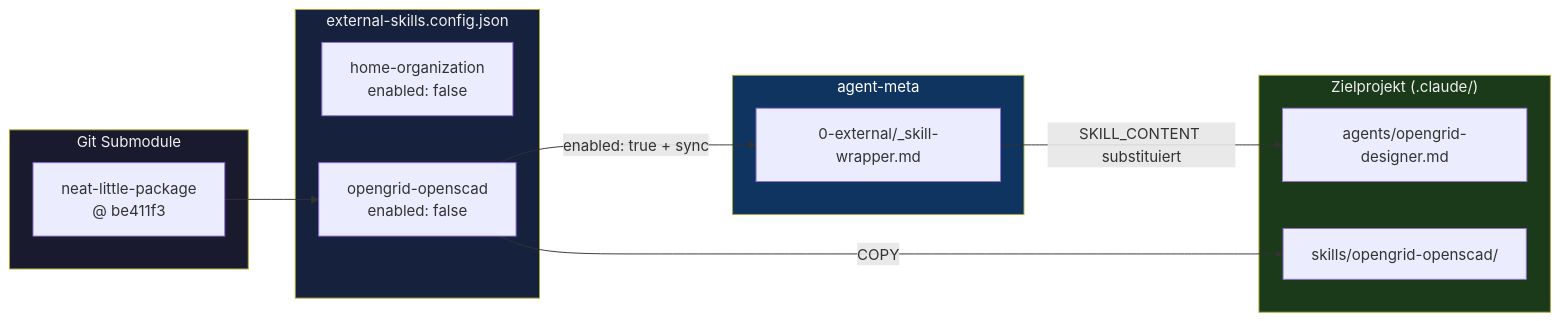
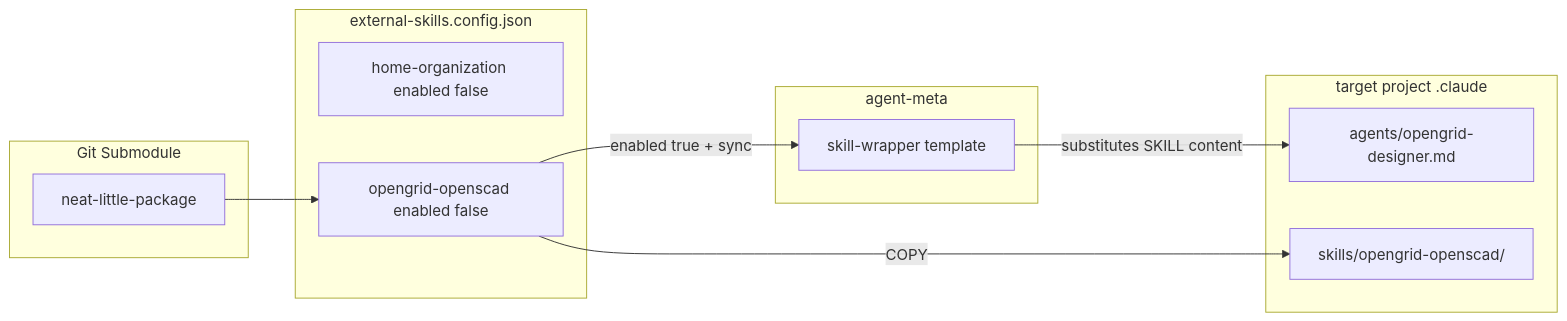
The diagram in docs/architecture/05-external-skills.md (Popoboxxo/agent-meta), drawn with Mermaid before and after one commit. The commit also changed other lines of this file and 5 other files, not shown here.

First line of the commit message:
docs: fix mermaid syntax for GitHub compatibility

````diff
--- a/docs/architecture/05-external-skills.md
+++ b/docs/architecture/05-external-skills.md
@@ -5,30 +5,25 @@
 ```mermaid
 flowchart LR
-    subgraph REPOS ["Git Submodule"]
-        NLP["neat-little-package\n@ be411f3"]
+    subgraph sub [Git Submodule]
+        NLP[neat-little-package]
     end
 
-    subgraph CFG ["external-skills.config.json"]
-        S1["home-organization\nenabled: false"]
-        S2["opengrid-openscad\nenabled: false"]
+    subgraph cfg [external-skills.config.json]
+        S1[home-organization enabled false]
+        S2[opengrid-openscad enabled false]
     end
 
-    subgraph META ["agent-meta"]
-        WR["0-external/_skill-wrapper.md"]
+    subgraph meta [agent-meta]
+        WR[skill-wrapper template]
     end
 
-    subgraph TARGET ["Zielprojekt (.claude/)"]
-        AG["agents/opengrid-designer.md"]
-        SK["skills/opengrid-openscad/"]
+    subgraph out [target project .claude]
+        AG[agents/opengrid-designer.md]
+        SK[skills/opengrid-openscad/]
     end
 
     NLP --> S2
-    S2 -->|"enabled: true + sync"| WR
-    WR -->|"SKILL_CONTENT substituiert"| AG
-    S2 -->|"COPY"| SK
-
-    style REPOS fill:#1a1a2e,color:#eee
-    style CFG fill:#16213e,color:#eee
-    style META fill:#0f3460,color:#fff
-    style TARGET fill:#1a3a1a,color:#eee
+    S2 -->|enabled true + sync| WR
+    WR -->|substitutes SKILL content| AG
+    S2 -->|COPY| SK
 ```
````
